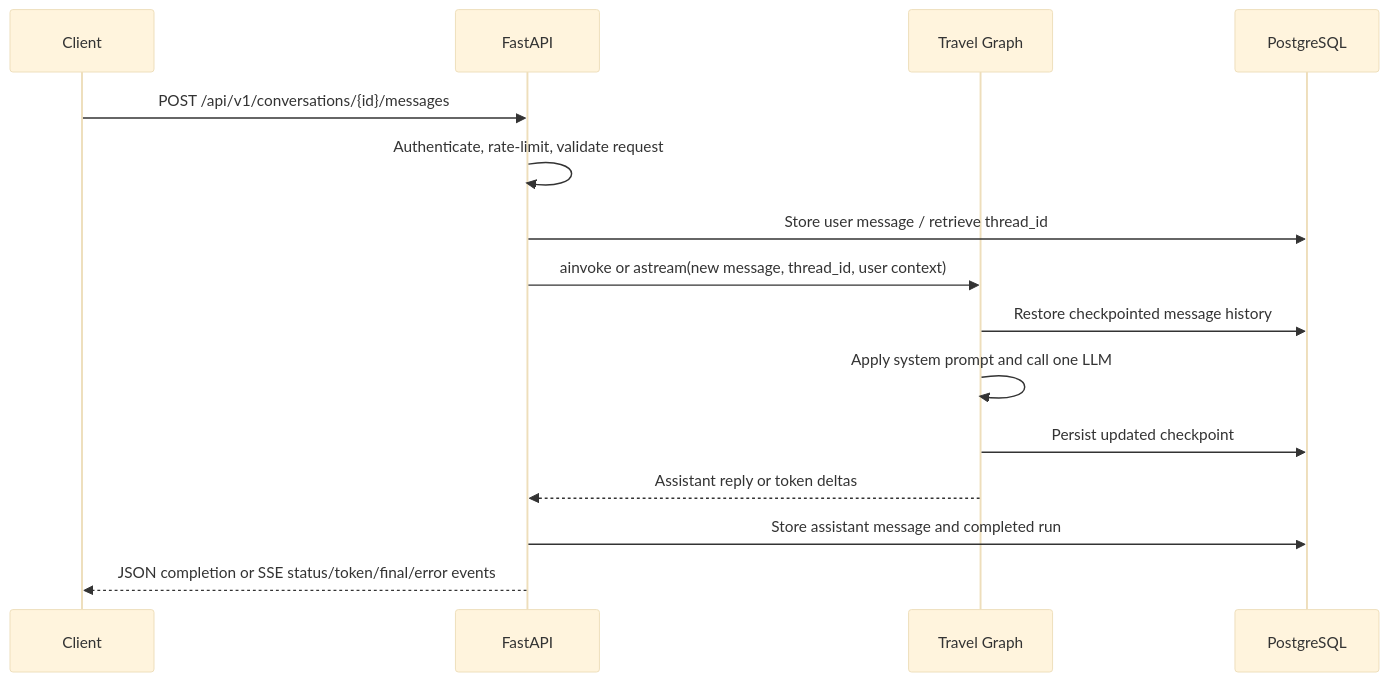
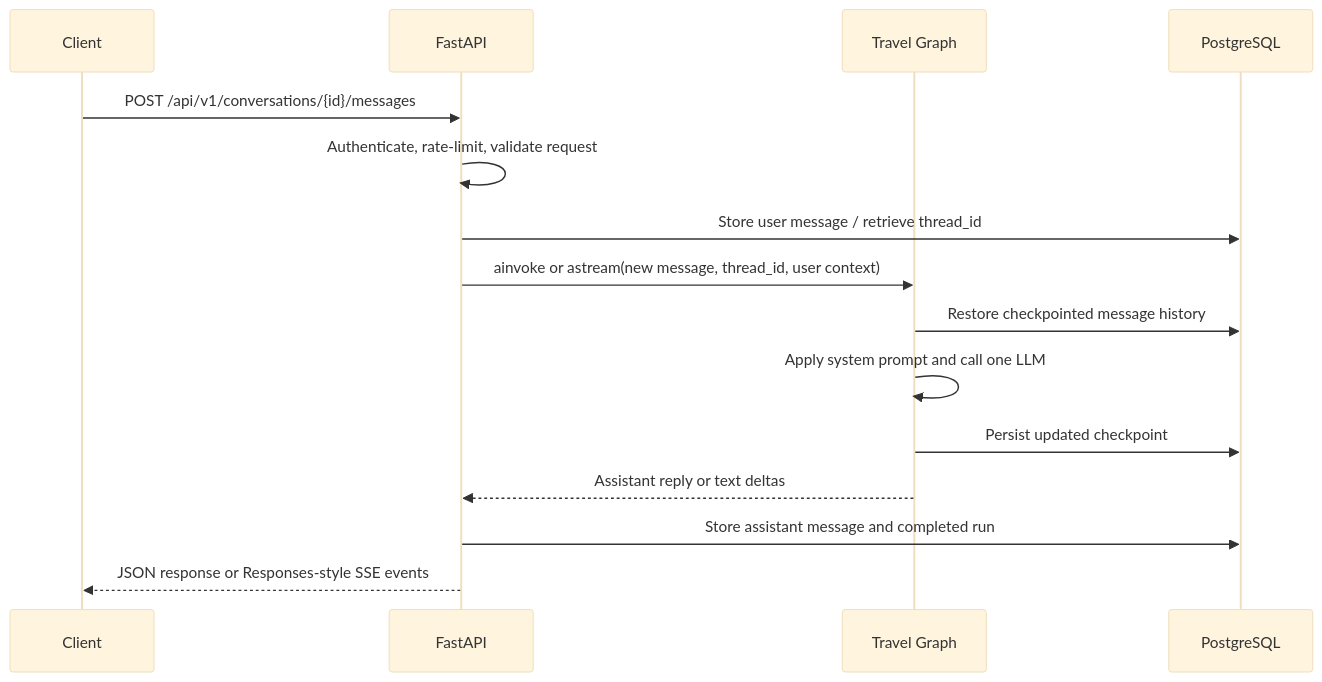
Before and after one commit to DOcrazyG/travel_assistant: the second of 3 diagrams in docs/architecture-design.md, drawn with Mermaid (base theme). The commit also changed other lines of this file and 11 other files, not shown here.

````diff
--- a/docs/architecture-design.md
+++ b/docs/architecture-design.md
@@ -59,18 +61,18 @@
 ```mermaid
 sequenceDiagram
     participant C as Client
     participant A as FastAPI
     participant G as Travel Graph
     participant D as PostgreSQL
 
     C->>A: POST /api/v1/conversations/{id}/messages
     A->>A: Authenticate, rate-limit, validate request
     A->>D: Store user message / retrieve thread_id
     A->>G: ainvoke or astream(new message, thread_id, user context)
     G->>D: Restore checkpointed message history
     G->>G: Apply system prompt and call one LLM
     G->>D: Persist updated checkpoint
-    G-->>A: Assistant reply or token deltas
+    G-->>A: Assistant reply or text deltas
     A->>D: Store assistant message and completed run
-    A-->>C: JSON completion or SSE status/token/final/error events
+    A-->>C: JSON response or Responses-style SSE events
 ```
````
